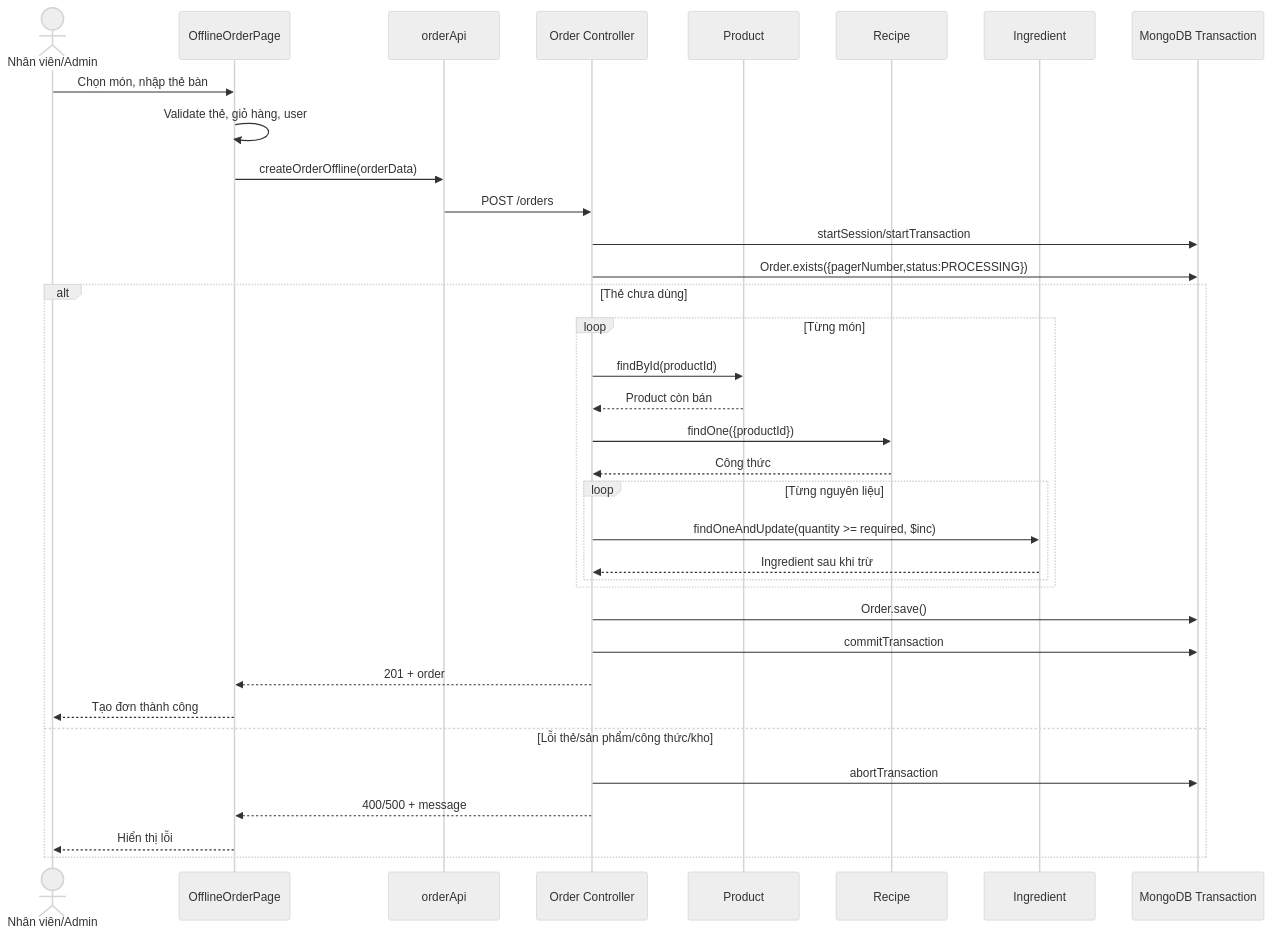
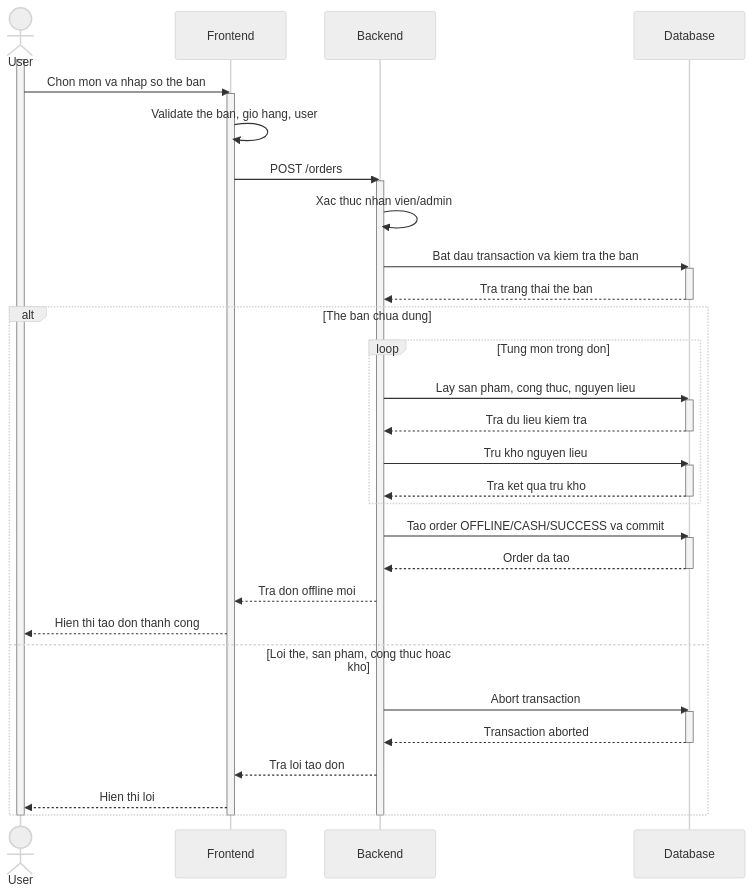
Before and after one commit to Pvmvn/BE-CDTN: diagram 16 of 48 in docs/usecase-dac-ta-chuc-nang-con-lai.md, drawn with Mermaid (neutral theme). The commit also changed other lines of this file and 32 other files, not shown here.

````diff
--- a/docs/usecase-dac-ta-chuc-nang-con-lai.md
+++ b/docs/usecase-dac-ta-chuc-nang-con-lai.md
@@ -298,37 +1469,47 @@
 ```mermaid
 sequenceDiagram
-  actor Staff as Nhân viên/Admin
-  participant FE as OfflineOrderPage
-  participant OrderAPI as orderApi
-  participant OrderCtrl as Order Controller
-  participant Product as Product
-  participant Recipe as Recipe
-  participant Ingredient as Ingredient
-  participant DB as MongoDB Transaction
-  Staff->>FE: Chọn món, nhập thẻ bàn
-  FE->>FE: Validate thẻ, giỏ hàng, user
-  FE->>OrderAPI: createOrderOffline(orderData)
-  OrderAPI->>OrderCtrl: POST /orders
-  OrderCtrl->>DB: startSession/startTransaction
-  OrderCtrl->>DB: Order.exists({pagerNumber,status:PROCESSING})
-  alt Thẻ chưa dùng
-    loop Từng món
-      OrderCtrl->>Product: findById(productId)
-      Product-->>OrderCtrl: Product còn bán
-      OrderCtrl->>Recipe: findOne({productId})
-      Recipe-->>OrderCtrl: Công thức
-      loop Từng nguyên liệu
-        OrderCtrl->>Ingredient: findOneAndUpdate(quantity >= required, $inc)
-        Ingredient-->>OrderCtrl: Ingredient sau khi trừ
-      end
+  actor User as User
+  participant FE as Frontend
+  participant BE as Backend
+  participant DB as Database
+
+  activate User
+  User->>FE: Chon mon va nhap so the ban
+  activate FE
+  FE->>FE: Validate the ban, gio hang, user
+  FE->>BE: POST /orders
+  activate BE
+  BE->>BE: Xac thuc nhan vien/admin
+  BE->>DB: Bat dau transaction va kiem tra the ban
+  activate DB
+  DB-->>BE: Tra trang thai the ban
+  deactivate DB
+  alt The ban chua dung
+    loop Tung mon trong don
+      BE->>DB: Lay san pham, cong thuc, nguyen lieu
+      activate DB
+      DB-->>BE: Tra du lieu kiem tra
+      deactivate DB
+      BE->>DB: Tru kho nguyen lieu
+      activate DB
+      DB-->>BE: Tra ket qua tru kho
+      deactivate DB
     end
-    OrderCtrl->>DB: Order.save()
-    OrderCtrl->>DB: commitTransaction
-    OrderCtrl-->>FE: 201 + order
-    FE-->>Staff: Tạo đơn thành công
-  else Lỗi thẻ/sản phẩm/công thức/kho
-    OrderCtrl->>DB: abortTransaction
-    OrderCtrl-->>FE: 400/500 + message
-    FE-->>Staff: Hiển thị lỗi
+    BE->>DB: Tao order OFFLINE/CASH/SUCCESS va commit
+    activate DB
+    DB-->>BE: Order da tao
+    deactivate DB
+    BE-->>FE: Tra don offline moi
+    FE-->>User: Hien thi tao don thanh cong
+  else Loi the, san pham, cong thuc hoac kho
+    BE->>DB: Abort transaction
+    activate DB
+    DB-->>BE: Transaction aborted
+    deactivate DB
+    BE-->>FE: Tra loi tao don
+    FE-->>User: Hien thi loi
   end
+  deactivate BE
+  deactivate FE
+  deactivate User
 ```
````
